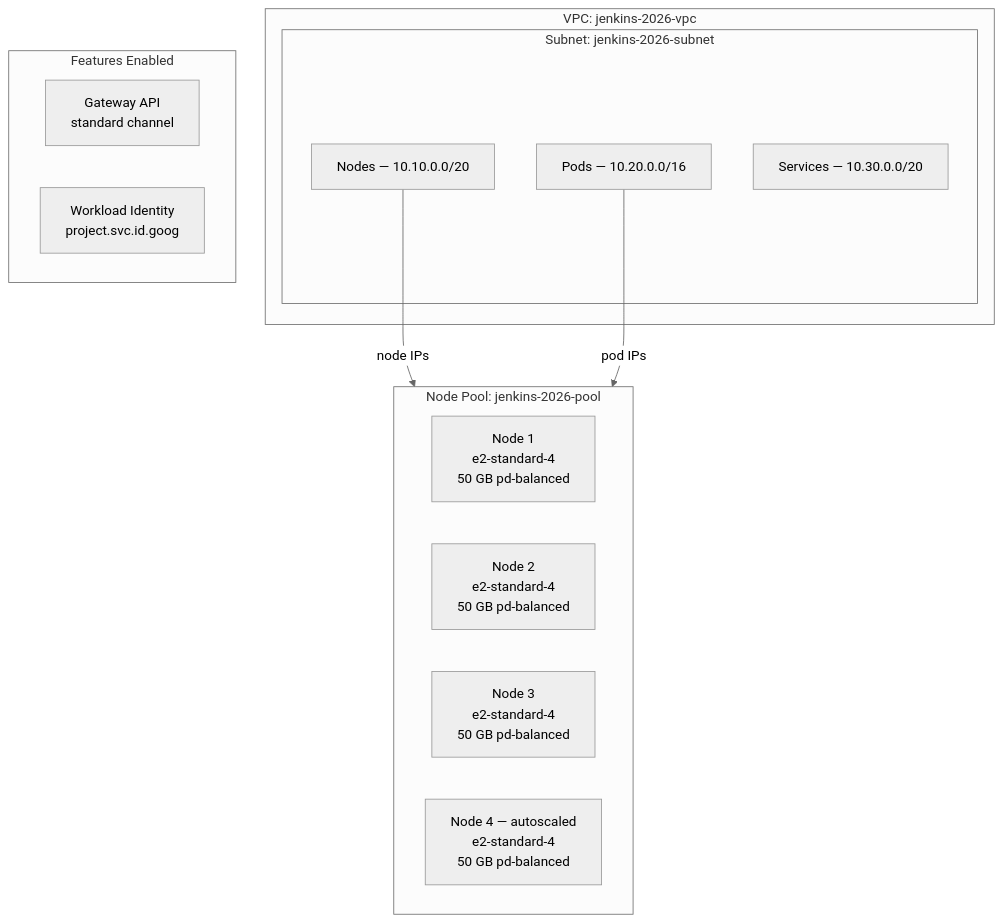
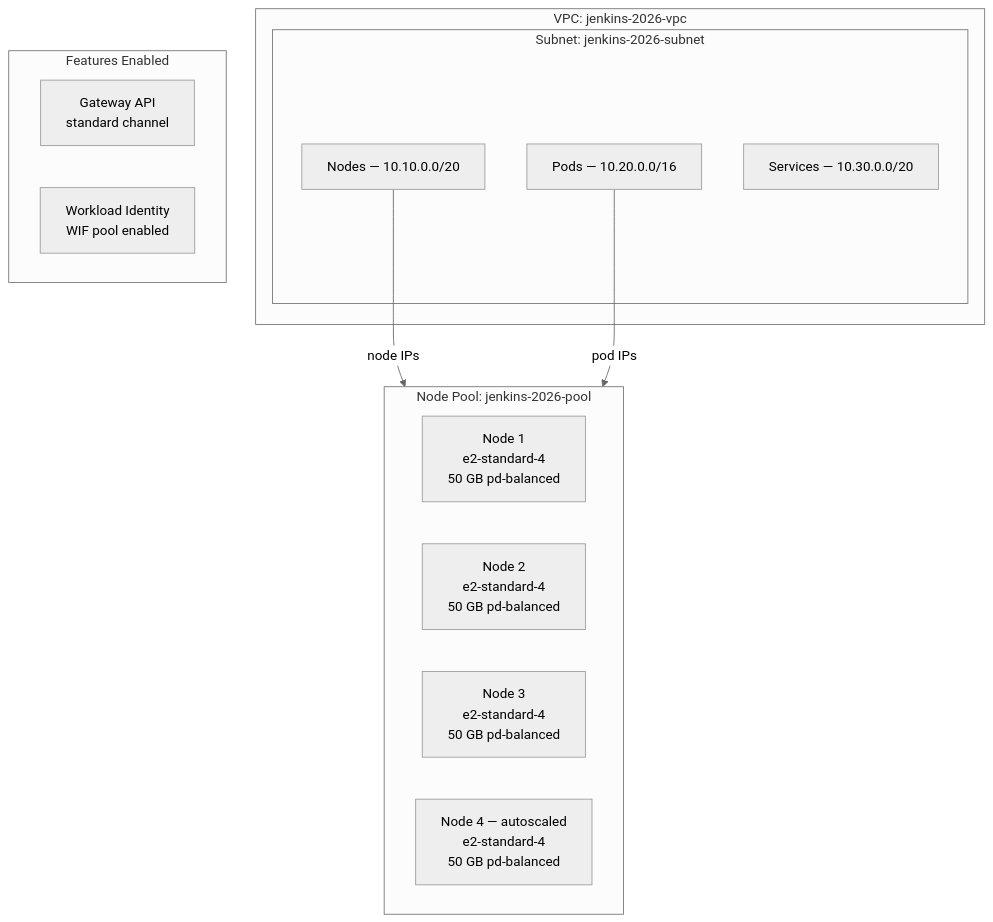
Before and after one commit to nubenetes/jenkins-2026: the seventh of 8 diagrams in README.md, drawn with Mermaid (neutral theme).

Commit message:
docs: shorten project.svc.id.goog label in GKE topology diagram

````diff
--- a/README.md
+++ b/README.md
@@ -1068,26 +1068,26 @@
 ```mermaid
 graph TD
     subgraph VPC ["VPC: jenkins-2026-vpc"]
         subgraph Subnet ["Subnet: jenkins-2026-subnet"]
             NodeIPs["Nodes — 10.10.0.0/20"]
             PodIPs["Pods — 10.20.0.0/16"]
             SvcIPs["Services — 10.30.0.0/20"]
         end
     end
 
     subgraph NodePool ["Node Pool: jenkins-2026-pool"]
         direction LR
         Node1["Node 1<br>e2-standard-4<br>50 GB pd-balanced"]
         Node2["Node 2<br>e2-standard-4<br>50 GB pd-balanced"]
         Node3["Node 3<br>e2-standard-4<br>50 GB pd-balanced"]
         Node4["Node 4 — autoscaled<br>e2-standard-4<br>50 GB pd-balanced"]
     end
 
     NodeIPs -->|"node IPs"| NodePool
     PodIPs -->|"pod IPs"| NodePool
 
     subgraph GKEFeatures ["Features Enabled"]
         GW["Gateway API<br>standard channel"]
-        WI["Workload Identity<br>project.svc.id.goog"]
+        WI["Workload Identity<br>WIF pool enabled"]
     end
 ```
````
